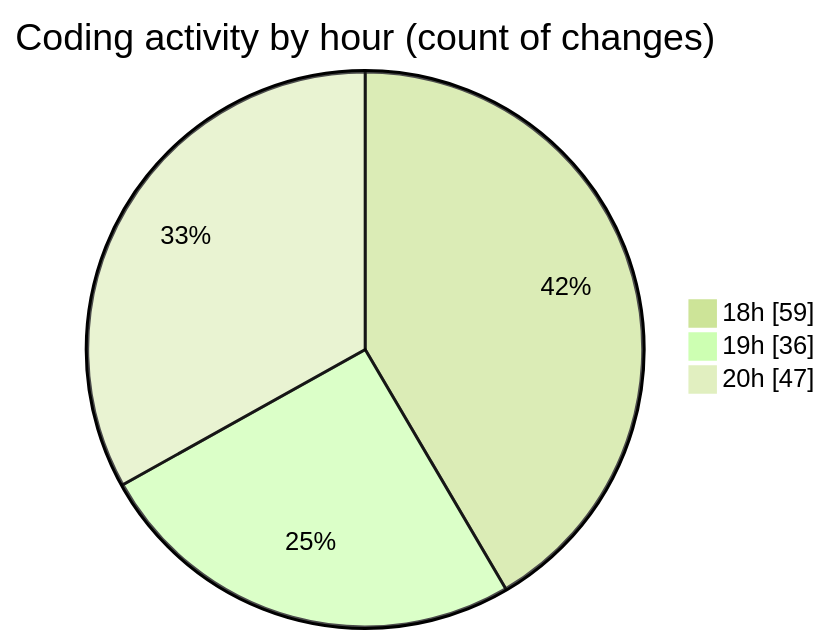
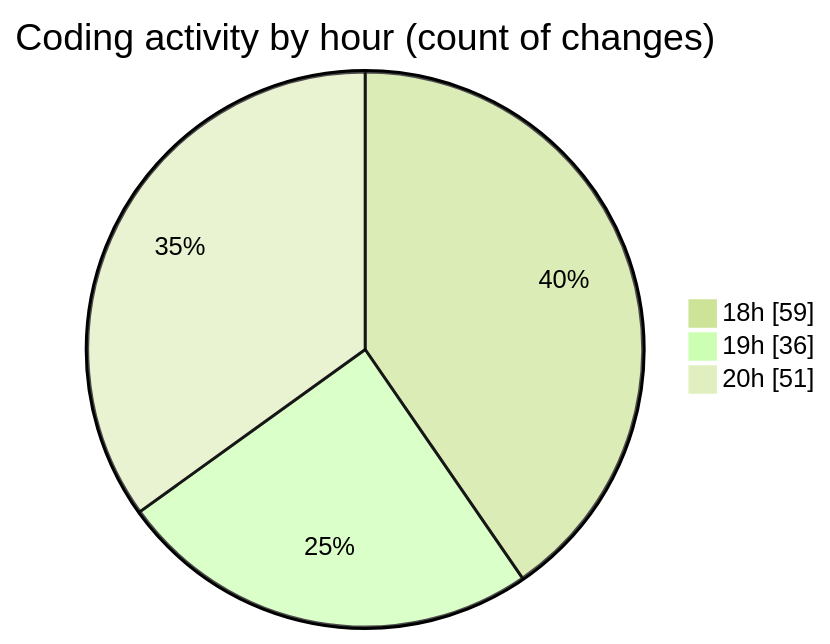
Before and after one commit to Netris89/code-tracking: the second of 2 diagrams in 2025-04-02/back-end/README.md, drawn with Mermaid (forest theme). The commit also changed other lines of this file and 1 other file, not shown here.

````diff
--- a/2025-04-02/back-end/README.md
+++ b/2025-04-02/back-end/README.md
@@ -40,7 +40,7 @@
 ```mermaid
 pie showData
 title Coding activity by hour (count of changes)
 "18h" : 59
 "19h" : 36
-"20h" : 47
+"20h" : 51
 ```
````
